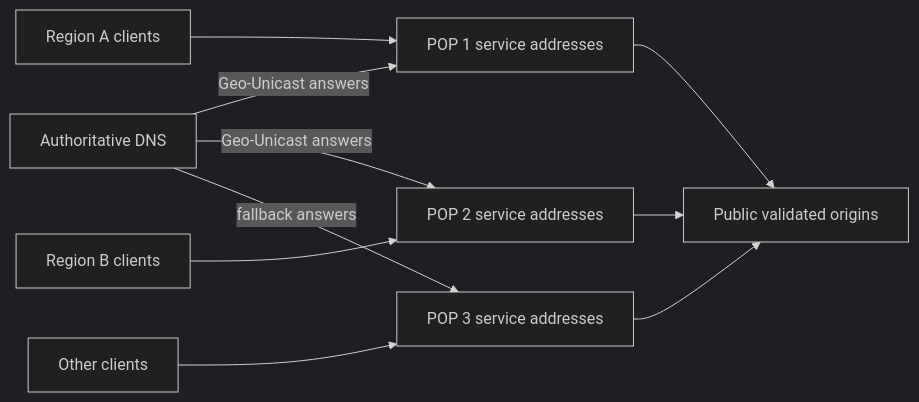
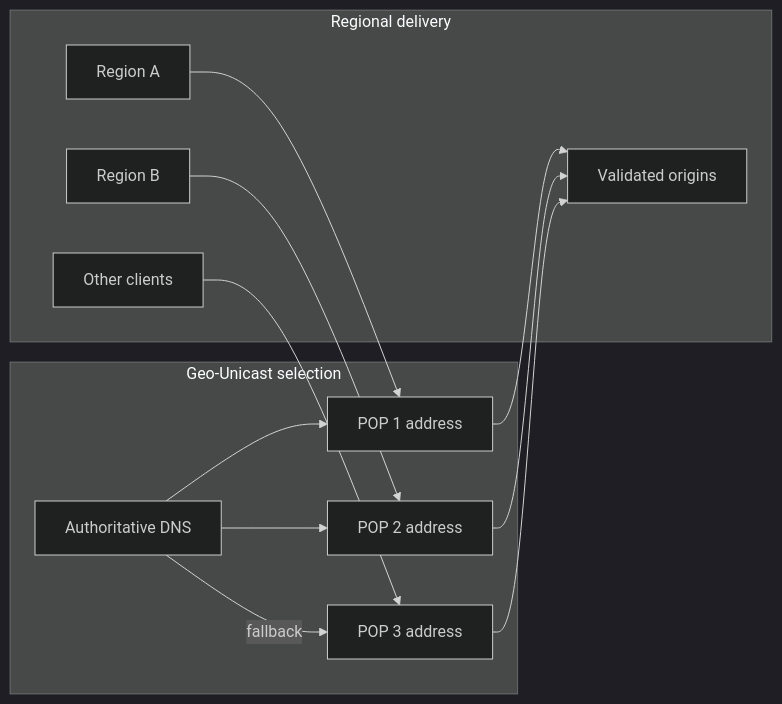
One commit to vaheed/CDNFoundry changed the third of 4 diagrams in docs/architecture/production-reference-architectures.md. Above: the diagram before and after it, drawn with Mermaid (dark theme). The commit also changed other lines of this file and 24 other files, not shown here.

````diff
--- a/docs/architecture/production-reference-architectures.md
+++ b/docs/architecture/production-reference-architectures.md
@@ -144,12 +146,16 @@
 ```mermaid
 flowchart LR
-    DNS["Authoritative DNS"] -->|"Geo-Unicast answers"| POP1["POP 1 service addresses"]
-    DNS -->|"Geo-Unicast answers"| POP2["POP 2 service addresses"]
-    DNS -->|"fallback answers"| POP3["POP 3 service addresses"]
-    Client1["Region A clients"] --> POP1
-    Client2["Region B clients"] --> POP2
-    Client3["Other clients"] --> POP3
-    POP1 --> Origins["Public validated origins"]
-    POP2 --> Origins
-    POP3 --> Origins
+    subgraph Selection["Geo-Unicast selection"]
+      DNS["Authoritative DNS"] --> POP1["POP 1 address"]
+      DNS --> POP2["POP 2 address"]
+      DNS -->|"fallback"| POP3["POP 3 address"]
+    end
+    subgraph Delivery["Regional delivery"]
+      Client1["Region A"] --> POP1
+      Client2["Region B"] --> POP2
+      Client3["Other clients"] --> POP3
+      POP1 --> Origins["Validated origins"]
+      POP2 --> Origins
+      POP3 --> Origins
+    end
 ```
````
